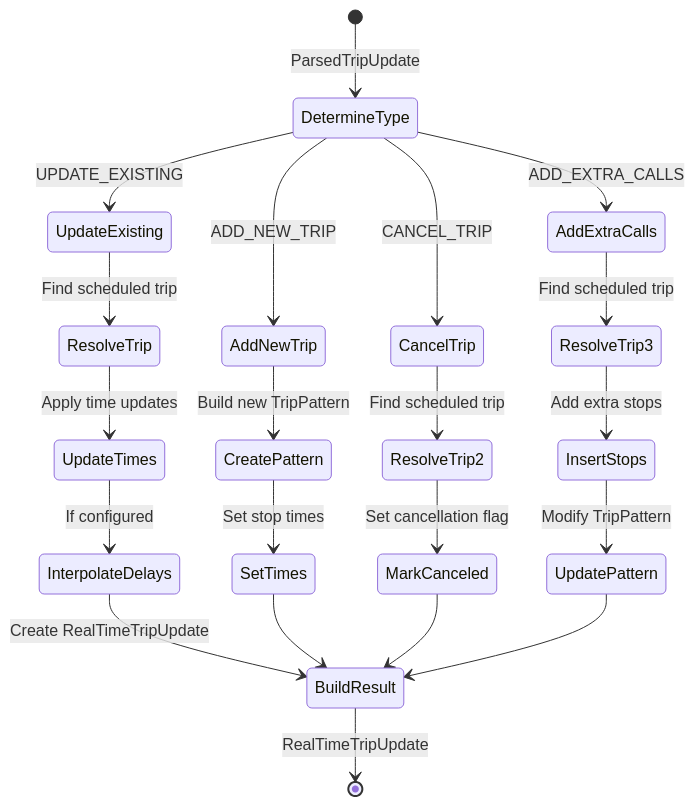
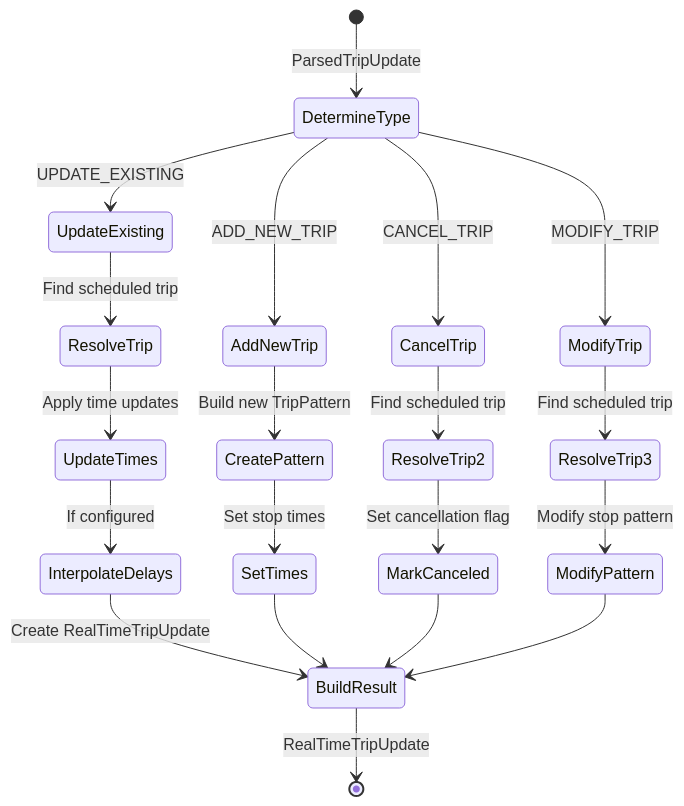
The seventh of 10 diagrams in docs/design/unified-realtime-updaters-with-diagrams.md (entur/OpenTripPlanner), drawn with Mermaid before and after one commit. The commit also changed other lines of this file and 8 other files, not shown here.

Commit message:
Merge extra-call with modified trip

````diff
--- a/docs/design/unified-realtime-updaters-with-diagrams.md
+++ b/docs/design/unified-realtime-updaters-with-diagrams.md
@@ -794,29 +792,28 @@
 ```mermaid
 stateDiagram-v2
     [*] --> DetermineType: ParsedTripUpdate
     
     DetermineType --> UpdateExisting: UPDATE_EXISTING
     DetermineType --> AddNewTrip: ADD_NEW_TRIP
     DetermineType --> CancelTrip: CANCEL_TRIP
-    DetermineType --> AddExtraCalls: ADD_EXTRA_CALLS
+    DetermineType --> ModifyTrip: MODIFY_TRIP
     
     UpdateExisting --> ResolveTrip: Find scheduled trip
     ResolveTrip --> UpdateTimes: Apply time updates
     UpdateTimes --> InterpolateDelays: If configured
     InterpolateDelays --> BuildResult: Create RealTimeTripUpdate
     
     AddNewTrip --> CreatePattern: Build new TripPattern
     CreatePattern --> SetTimes: Set stop times
     SetTimes --> BuildResult
     
     CancelTrip --> ResolveTrip2: Find scheduled trip
     ResolveTrip2 --> MarkCanceled: Set cancellation flag
     MarkCanceled --> BuildResult
-    
-    AddExtraCalls --> ResolveTrip3: Find scheduled trip
-    ResolveTrip3 --> InsertStops: Add extra stops
-    InsertStops --> UpdatePattern: Modify TripPattern
-    UpdatePattern --> BuildResult
-    
+
+    ModifyTrip --> ResolveTrip3: Find scheduled trip
+    ResolveTrip3 --> ModifyPattern: Modify stop pattern
+    ModifyPattern --> BuildResult
+
     BuildResult --> [*]: RealTimeTripUpdate
 ```
````
